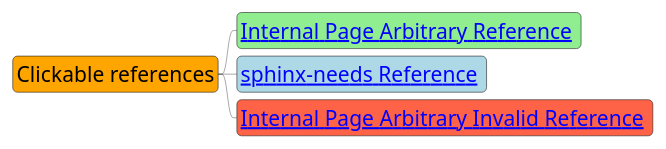
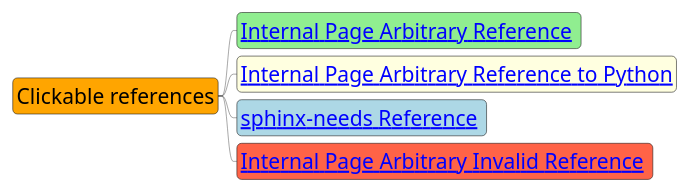
The diagram in doc/source/test/textx/testz/test-plantuml3.rst (mi-parkes/sphinx-diagram-connect), drawn with PlantUML before and after one commit. The commit also changed other lines of this file, not shown here.

Commit message:
add test for py:func reference

```diff
--- a/doc/source/test/textx/testz/test-plantuml3.rst
+++ b/doc/source/test/textx/testz/test-plantuml3.rst
@@ -16,14 +28,15 @@
 .. uml::
     :caption: PlantUML Caption with **bold** and *italic*
     :name: PlantUML Label2
 
     @startmindmap mindmap2
     scale 0.3
     skinparam defaultFontSize 56
     skinparam backgroundColor transparent
     *[#Orange] Clickable references
     **[#lightgreen] [[ ":ref:`plantuml label1`" Internal Page Arbitrary Reference ]]
+    **[#lightyellow] [[ ":py:func:`lumache.get_random_ingredients`" Internal Page Arbitrary Reference to Python]]
     **[#lightblue] [[ ":ref:`spc_demo_00001`" sphinx-needs Reference ]]
     **[#Tomato] [[ ":ref:`N_00003`" Internal Page Arbitrary Invalid Reference ]]
 
     @endmindmap
```
